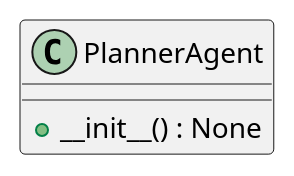
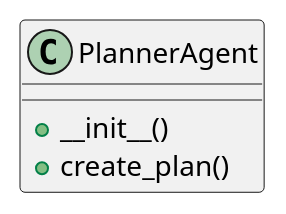
Before and after one commit to lgcorzo/llmops-python-package: the diagram in openwiki/src/autogen_team/application/agents/planner_agent.md, drawn with PlantUML. The commit also changed other lines of this file and 77 other files, not shown here.

````diff
--- a/openwiki/src/autogen_team/application/agents/planner_agent.md
+++ b/openwiki/src/autogen_team/application/agents/planner_agent.md
@@ -50,7 +74,8 @@
 ```plantuml
 @startuml
-    class PlannerAgent {
-        +__init__() : None
-    }
+class PlannerAgent {
+  + __init__()
+  + create_plan()
+}
 @enduml
 ```
````
